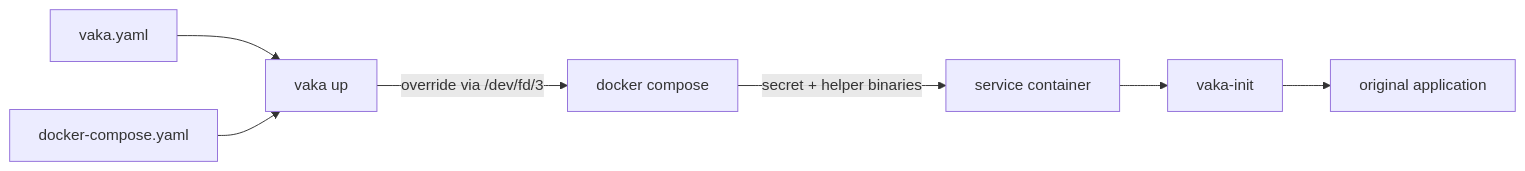
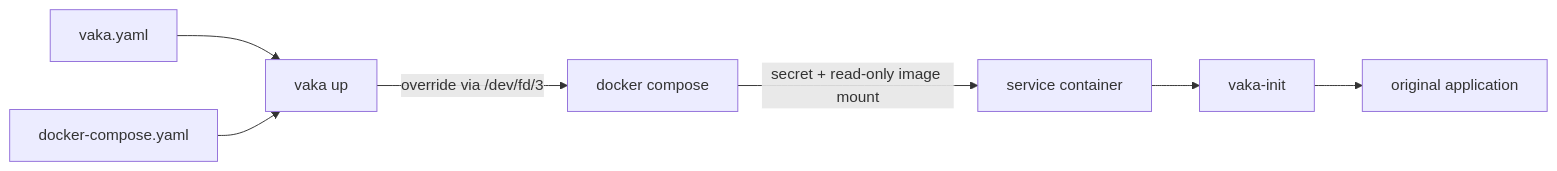
The diagram in docs/how-it-works.md (infrasecture/vaka), drawn with Mermaid before and after one commit. The commit also changed other lines of this file and 8 other files, not shown here.

````diff
--- a/docs/how-it-works.md
+++ b/docs/how-it-works.md
@@ -7,9 +7,9 @@
 ```mermaid
 flowchart LR
     vf["vaka.yaml"] --> cli["vaka up"]
     cf["docker-compose.yaml"] --> cli
     cli -- "override via /dev/fd/3" --> dc["docker compose"]
-    dc -- "secret + helper binaries" --> c["service container"]
+    dc -- "secret + read-only image mount" --> c["service container"]
     c --> init["vaka-init"]
     init --> app["original application"]
 ```
````
